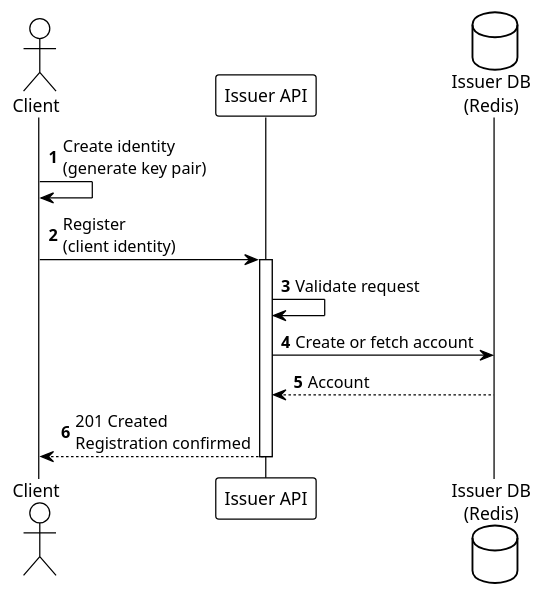
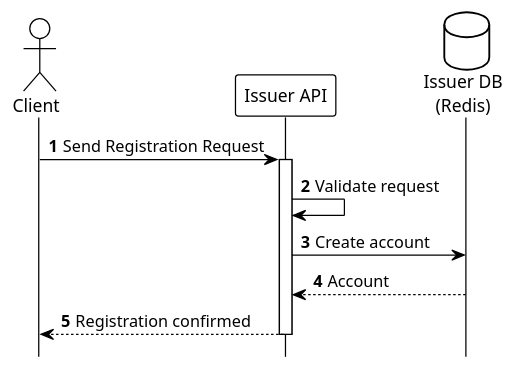
The diagram in umls/phase1a-registration.puml (otaviootavio/nanomoni), drawn with PlantUML before and after one commit. The commit also changed 6 other files, not shown here.

First line of the commit message:
Refactor UML diagrams for clarity and consistency

```diff
--- a/umls/phase1a-registration.puml
+++ b/umls/phase1a-registration.puml
@@ -1,22 +1,22 @@
 @startuml Phase1a_Registration
 
 !theme plain
 autonumber
 
+hide footbox
+
 actor "Client" as Client
 participant "Issuer API" as Issuer
 database "Issuer DB\n(Redis)" as IssuerDB
 
-Client -> Client: Create identity\n(generate key pair)
-
-Client -> Issuer: Register\n(client identity)
+Client -> Issuer: Send Registration Request
 activate Issuer
 
 Issuer -> Issuer: Validate request
-Issuer -> IssuerDB: Create or fetch account
+Issuer -> IssuerDB: Create account
 IssuerDB --> Issuer: Account
 
-Issuer --> Client: 201 Created\nRegistration confirmed
+Issuer --> Client: Registration confirmed
 deactivate Issuer
 
 @enduml
```
